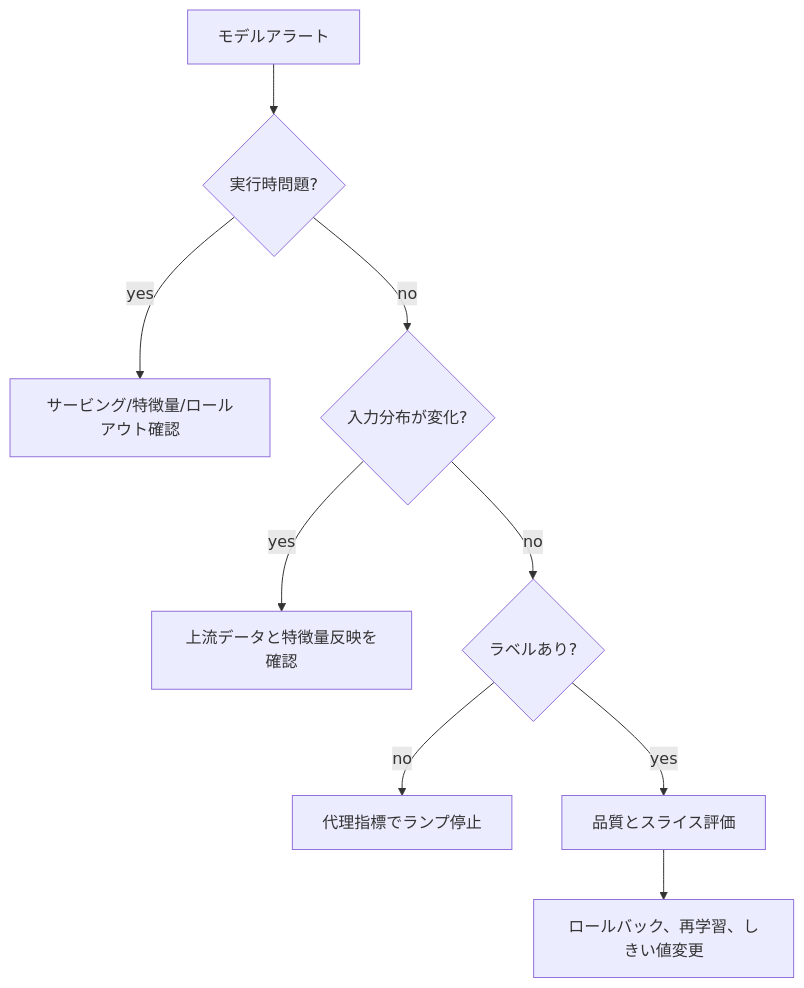
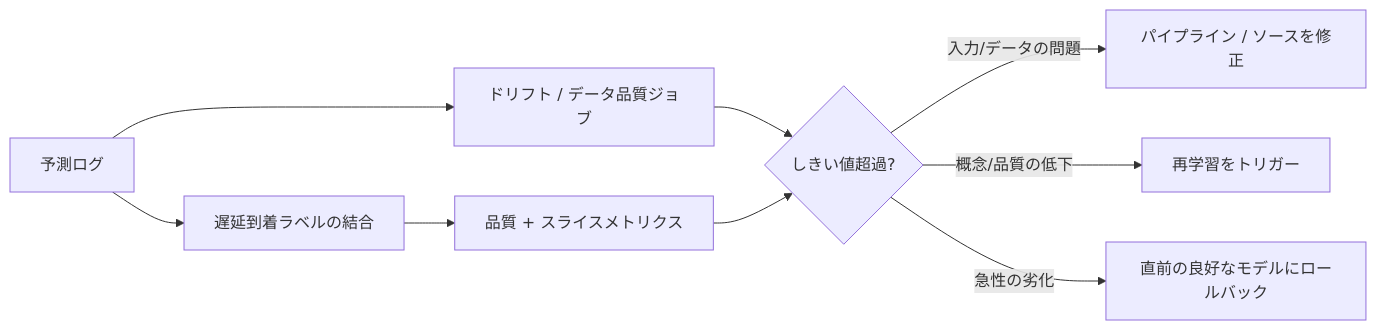
The second of 2 diagrams in ja/16-ml-systems/04-model-monitoring.md (binarydevelop/system-design-patterns), drawn with Mermaid before and after one commit. The commit also changed other lines of this file and 3 other files, not shown here.

````diff
--- a/ja/16-ml-systems/04-model-monitoring.md
+++ b/ja/16-ml-systems/04-model-monitoring.md
@@ -122,11 +146,11 @@
 ```mermaid
-flowchart TD
-    ALERT["モデルアラート"] --> RUNTIME{"実行時問題?"}
-    RUNTIME -->|"yes"| OPS["サービング/特徴量/ロールアウト確認"]
-    RUNTIME -->|"no"| DATA{"入力分布が変化?"}
-    DATA -->|"yes"| SOURCE["上流データと特徴量反映を確認"]
-    DATA -->|"no"| LABELS{"ラベルあり?"}
-    LABELS -->|"no"| PROXY["代理指標でランプ停止"]
-    LABELS -->|"yes"| QUALITY["品質とスライス評価"]
-    QUALITY --> ACTION["ロールバック、再学習、しきい値変更"]
+flowchart LR
+    LOG["予測ログ"] --> DRIFT["ドリフト / データ品質ジョブ"]
+    LOG --> JOIN["遅延到着ラベルの結合"]
+    JOIN --> QUALITY["品質 + スライスメトリクス"]
+    DRIFT --> EVAL{"しきい値超過?"}
+    QUALITY --> EVAL
+    EVAL -->|"入力/データの問題"| UPSTREAM["パイプライン / ソースを修正"]
+    EVAL -->|"概念/品質の低下"| RETRAIN["再学習をトリガー"]
+    EVAL -->|"急性の劣化"| ROLLBACK["直前の良好なモデルにロールバック"]
 ```
````
